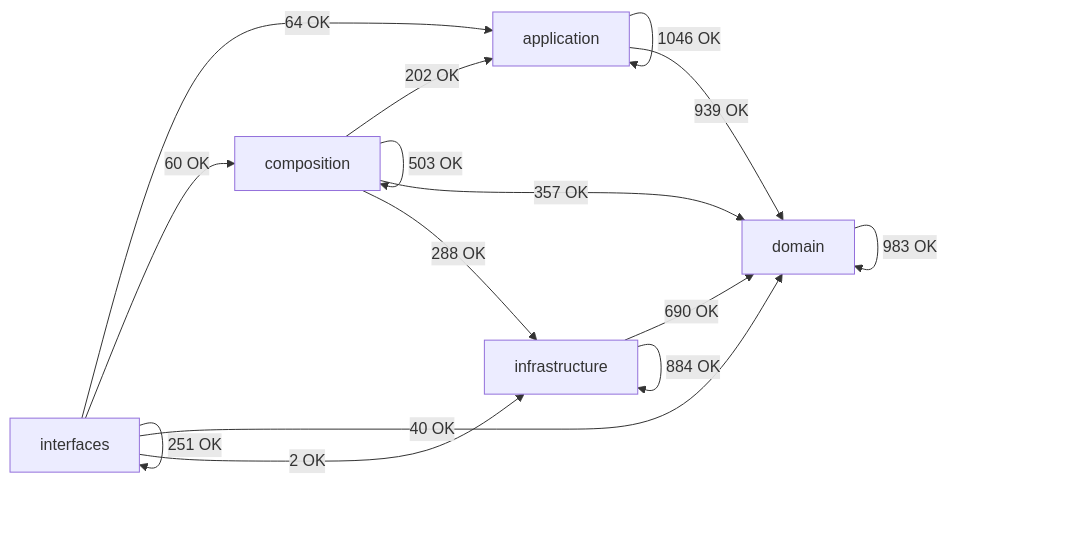
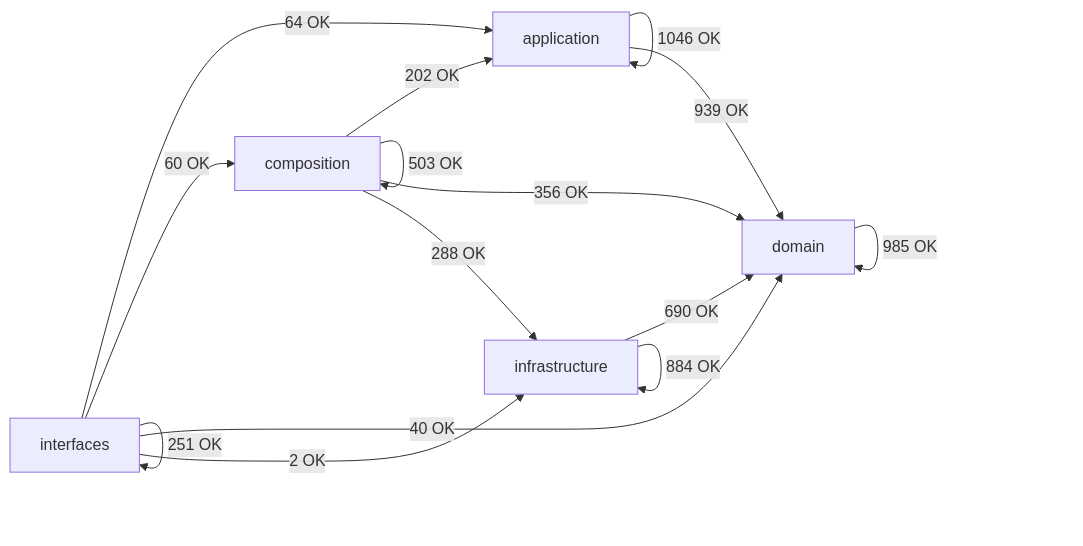
Before and after one commit to SatoryKono/BioactivityDataAcquisition: the diagram in docs/02-architecture/generated/module-dependency-map.md, drawn with Mermaid. The commit also changed other lines of this file and 25 other files, not shown here.

````diff
--- a/docs/02-architecture/generated/module-dependency-map.md
+++ b/docs/02-architecture/generated/module-dependency-map.md
@@ -17,22 +17,22 @@
 ```mermaid
 flowchart LR
     domain[domain]
     application[application]
     infrastructure[infrastructure]
     composition[composition]
     interfaces[interfaces]
     application -->|1046 OK| application
     application -->|939 OK| domain
     composition -->|202 OK| application
     composition -->|503 OK| composition
-    composition -->|357 OK| domain
+    composition -->|356 OK| domain
     composition -->|288 OK| infrastructure
-    domain -->|983 OK| domain
+    domain -->|985 OK| domain
     infrastructure -->|690 OK| domain
     infrastructure -->|884 OK| infrastructure
     interfaces -->|64 OK| application
     interfaces -->|60 OK| composition
     interfaces -->|40 OK| domain
     interfaces -->|2 OK| infrastructure
     interfaces -->|251 OK| interfaces
 ```
````
